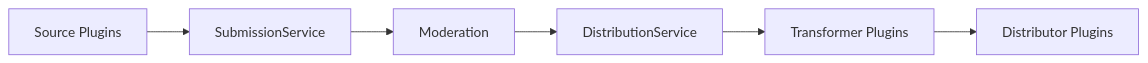
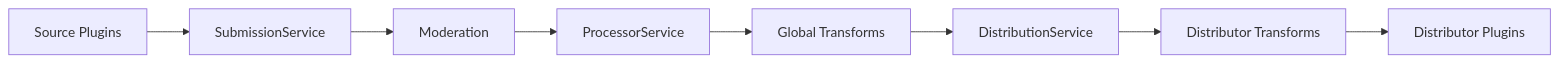
One commit to PotLock/curatedotfun changed the second of 3 diagrams in memory-bank/systemPatterns.md. Above: the diagram before and after it, drawn with Mermaid. The commit also changed other lines of this file and 24 other files, not shown here.

Commit message:
implements transform plugins

````diff
--- a/memory-bank/systemPatterns.md
+++ b/memory-bank/systemPatterns.md
@@ -87,8 +85,10 @@
 ```mermaid
 graph LR
     Sources[Source Plugins] --> Submission[SubmissionService]
     Submission --> Moderation[Moderation]
-    Moderation --> Distribution[DistributionService]
-    Distribution --> Transformers[Transformer Plugins]
-    Transformers --> Distributors[Distributor Plugins]
+    Moderation --> Processor[ProcessorService]
+    Processor --> GlobalTransform[Global Transforms]
+    GlobalTransform --> Distribution[DistributionService]
+    Distribution --> DistTransform[Distributor Transforms]
+    DistTransform --> Distributors[Distributor Plugins]
 ```
````
